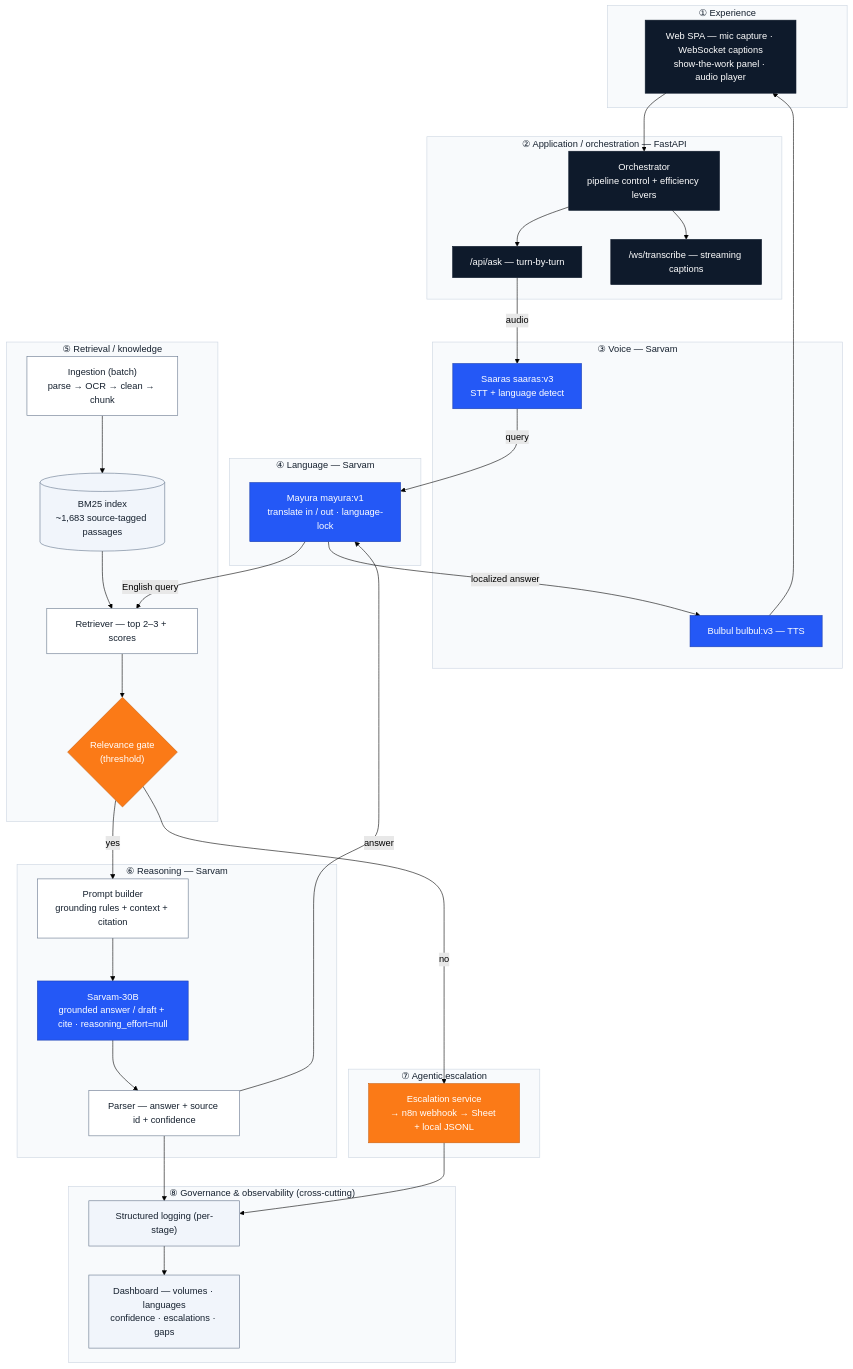
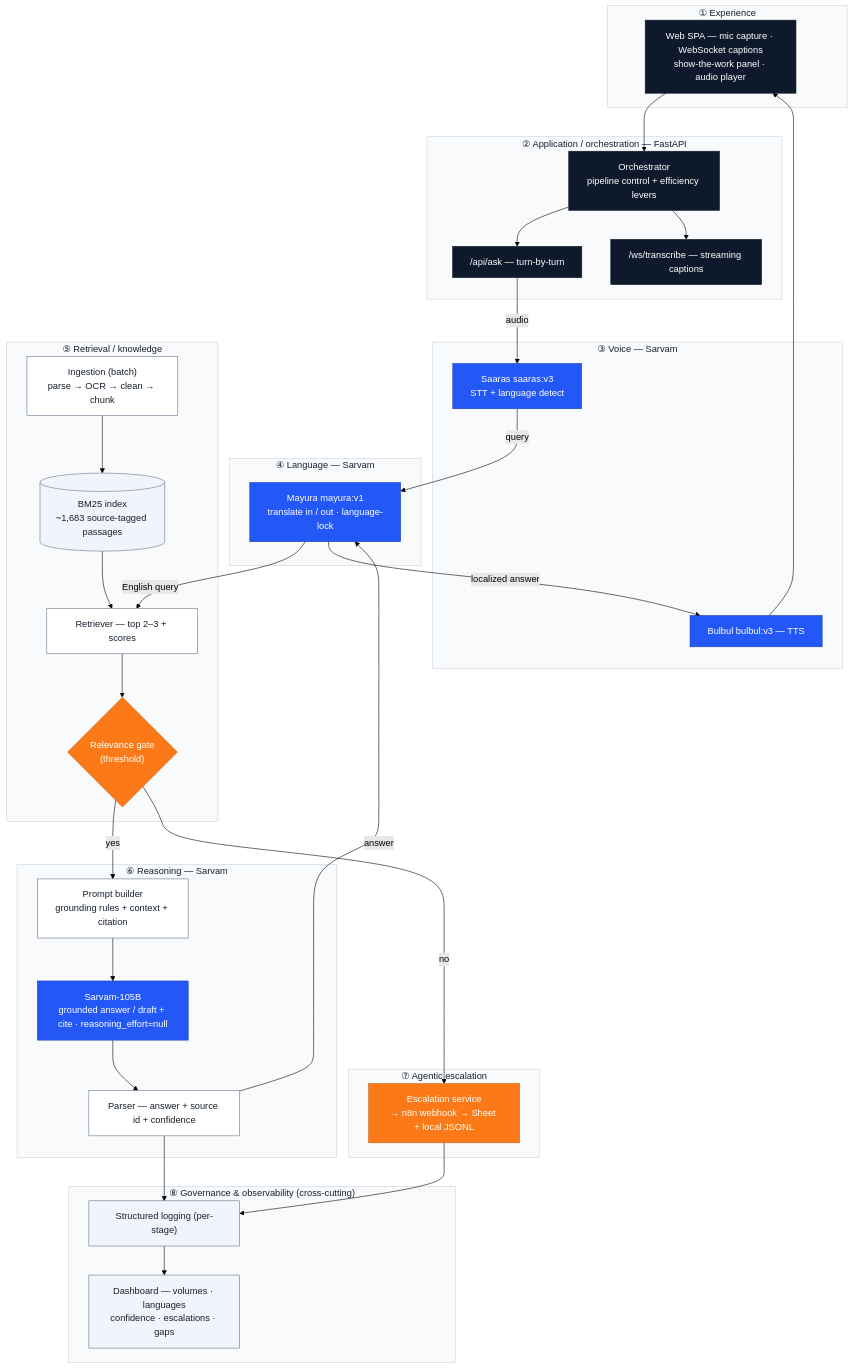
The second of 6 diagrams in docs/architecture.md (vihb09/pnb-sahayak), drawn with Mermaid (forest theme) before and after one commit. The commit also changed other lines of this file and 6 other files, not shown here.

````diff
--- a/docs/architecture.md
+++ b/docs/architecture.md
@@ -66,66 +66,66 @@
 ```mermaid
 flowchart TB
     subgraph L1["① Experience"]
         SPA["Web SPA — mic capture · WebSocket captions<br/>show-the-work panel · audio player"]:::app
     end
     subgraph L2["② Application / orchestration — FastAPI"]
         ORCH["Orchestrator<br/>pipeline control + efficiency levers"]:::app
         ASK["/api/ask — turn-by-turn"]:::app
         WS["/ws/transcribe — streaming captions"]:::app
     end
     subgraph L3["③ Voice — Sarvam"]
         STT["Saaras saaras:v3<br/>STT + language detect"]:::sarvam
         TTS["Bulbul bulbul:v3 — TTS"]:::sarvam
     end
     subgraph L4["④ Language — Sarvam"]
         TRN["Mayura mayura:v1<br/>translate in / out · language-lock"]:::sarvam
     end
     subgraph L5["⑤ Retrieval / knowledge"]
         ING["Ingestion (batch)<br/>parse → OCR → clean → chunk"]:::neutral
         IDX[("BM25 index<br/>~1,683 source-tagged passages")]:::store
         RET["Retriever — top 2–3 + scores"]:::neutral
         GATE{"Relevance gate<br/>(threshold)"}:::decision
     end
     subgraph L6["⑥ Reasoning — Sarvam"]
         PB["Prompt builder<br/>grounding rules + context + citation"]:::neutral
-        LLM["Sarvam-30B<br/>grounded answer / draft + cite · reasoning_effort=null"]:::sarvam
+        LLM["Sarvam-105B<br/>grounded answer / draft + cite · reasoning_effort=null"]:::sarvam
         PARSE["Parser — answer + source id + confidence"]:::neutral
     end
     subgraph L7["⑦ Agentic escalation"]
         ESC["Escalation service<br/>→ n8n webhook → Sheet + local JSONL"]:::escalate
     end
     subgraph L8["⑧ Governance & observability (cross-cutting)"]
         LOG["Structured logging (per-stage)"]:::store
         DASH["Dashboard — volumes · languages<br/>confidence · escalations · gaps"]:::store
     end
 
     SPA --> ORCH
     ORCH --> ASK
     ORCH --> WS
     ASK -->|audio| STT
     STT -->|"query"| TRN
     TRN -->|"English query"| RET
     ING --> IDX --> RET --> GATE
     GATE -->|yes| PB --> LLM --> PARSE
     PARSE -->|"answer"| TRN
     TRN -->|"localized answer"| TTS --> SPA
     GATE -->|no| ESC
     PARSE --> LOG
     ESC --> LOG
     LOG --> DASH
 
     classDef app fill:#0E1A2B,stroke:#0E1A2B,color:#ffffff;
     classDef sarvam fill:#2458F6,stroke:#1B3FB0,color:#ffffff;
     classDef decision fill:#FB7A17,stroke:#C85F0E,color:#ffffff;
     classDef escalate fill:#FB7A17,stroke:#C85F0E,color:#ffffff;
     classDef neutral fill:#FFFFFF,stroke:#64748B,color:#15202E;
     classDef store fill:#F1F5FB,stroke:#64748B,color:#15202E;
     style L1 fill:#F8FAFC,stroke:#CBD5E1,color:#15202E
     style L2 fill:#F8FAFC,stroke:#CBD5E1,color:#15202E
     style L3 fill:#F8FAFC,stroke:#CBD5E1,color:#15202E
     style L4 fill:#F8FAFC,stroke:#CBD5E1,color:#15202E
     style L5 fill:#F8FAFC,stroke:#CBD5E1,color:#15202E
     style L6 fill:#F8FAFC,stroke:#CBD5E1,color:#15202E
     style L7 fill:#F8FAFC,stroke:#CBD5E1,color:#15202E
     style L8 fill:#F8FAFC,stroke:#CBD5E1,color:#15202E
 ```
````
